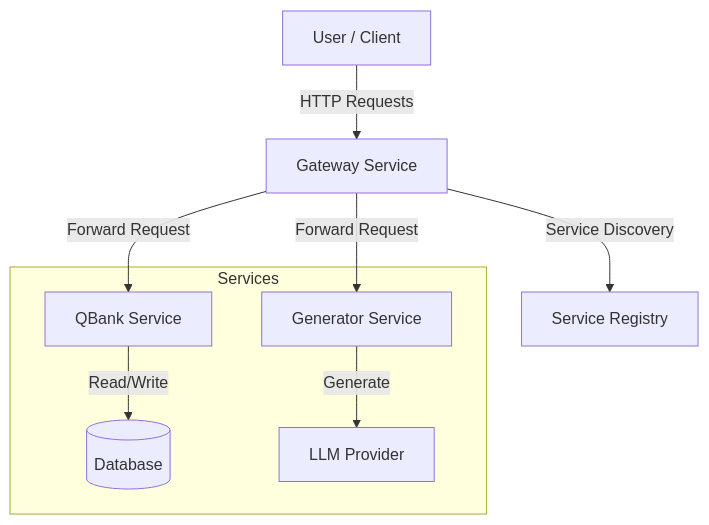
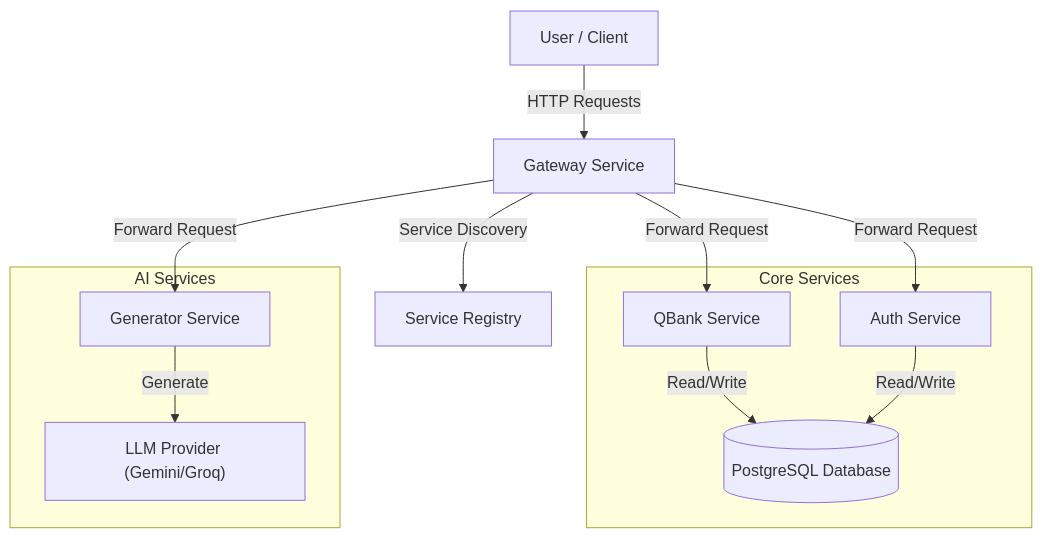
One commit to Sipsaraa/question_gen_engine changed the first of 2 diagrams in docs/architecture.md. Above: the diagram before and after it, drawn with Mermaid. The commit also changed other lines of this file and 2 other files, not shown here.

Commit message:
feat: Add authentication service to architecture documentation, including data schemas and Mermaid rendering support.

````diff
--- a/docs/architecture.md
+++ b/docs/architecture.md
@@ -7,12 +7,17 @@
 ```mermaid
 graph TD
     User[User / Client] -->|HTTP Requests| Gateway[Gateway Service]
     Gateway -->|Service Discovery| Registry[Service Registry]
     Gateway -->|Forward Request| QBank[QBank Service]
     Gateway -->|Forward Request| Generator[Generator Service]
+    Gateway -->|Forward Request| Auth[Auth Service]
 
-    subgraph Services
-    QBank -->|Read/Write| DB[(Database)]
-    Generator -->|Generate| LLM[LLM Provider]
+    subgraph "Core Services"
+    QBank -->|Read/Write| DB[(PostgreSQL Database)]
+    Auth -->|Read/Write| DB
+    end
+
+    subgraph "AI Services"
+    Generator -->|Generate| LLM["LLM Provider (Gemini/Groq)"]
     end
 ```
````
